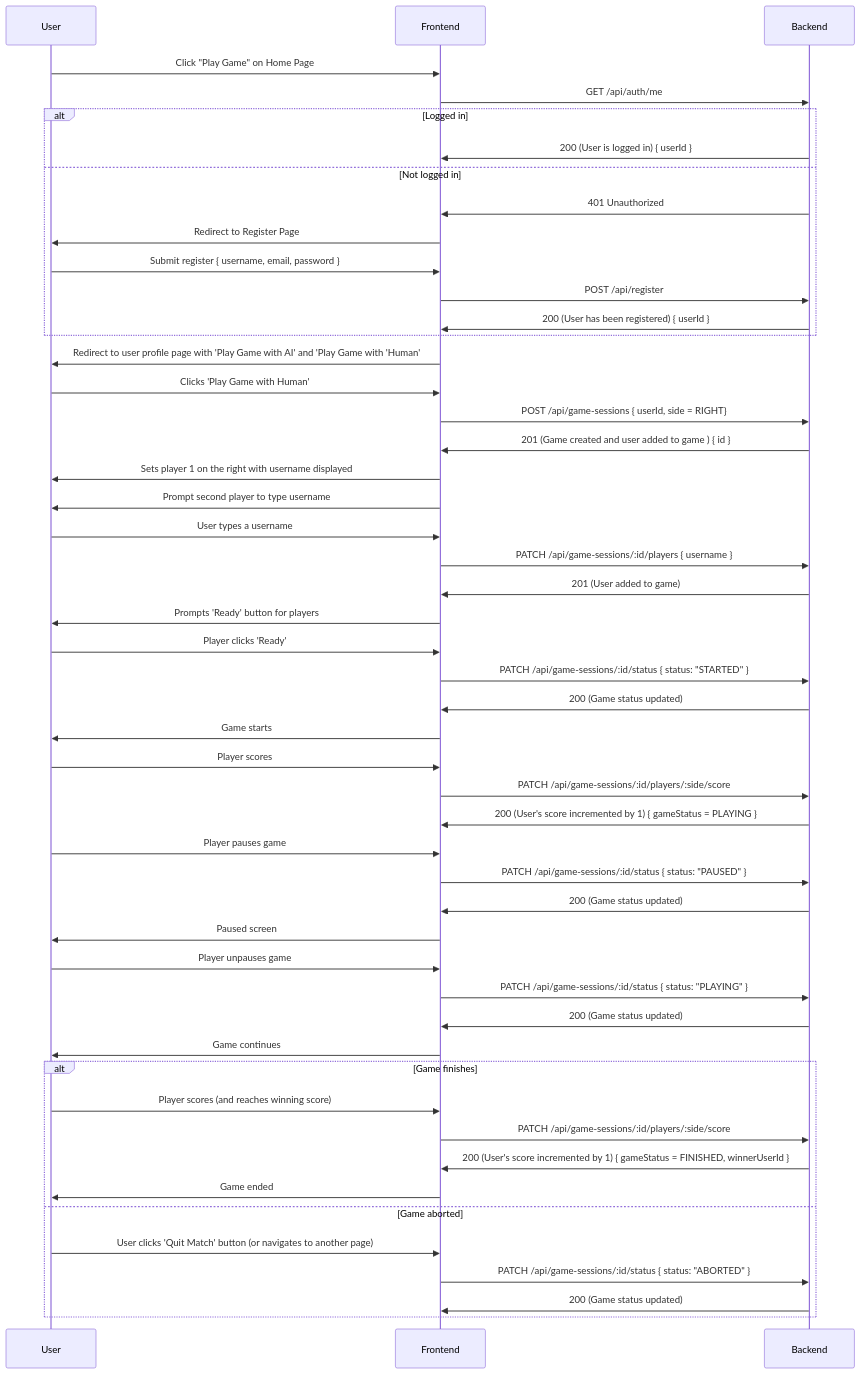
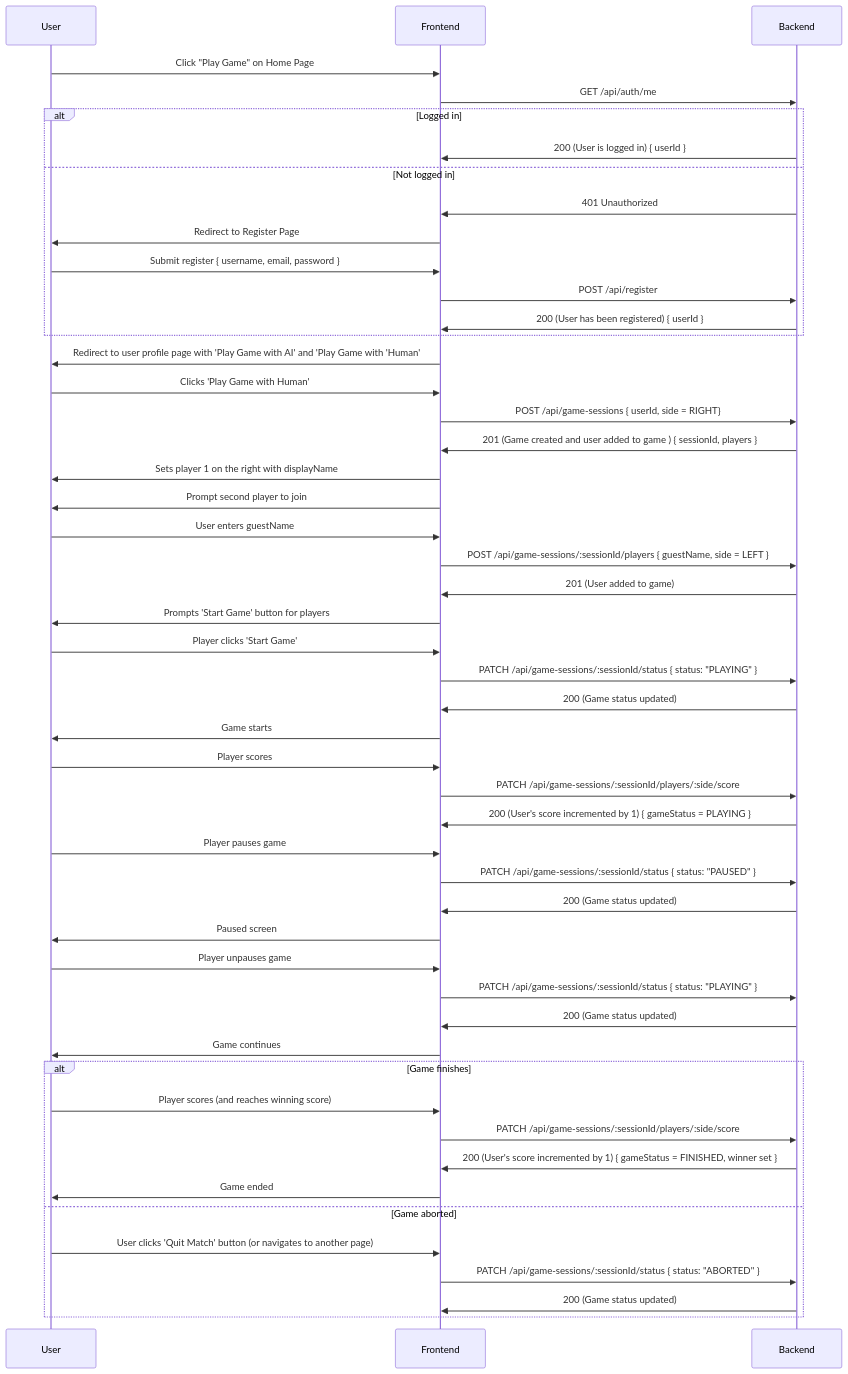
One commit to marsha-t/ft_transcendence changed the diagram in documentation/gameflow (BE).mmd. Above: the diagram before and after it, drawn with Mermaid. The commit also changed 8 other files, not shown here.

```diff
--- a/documentation/gameflow (BE).mmd
+++ b/documentation/gameflow (BE).mmd
@@ -1,59 +1,59 @@
 sequenceDiagram
     participant U as User
     participant FE as Frontend
     participant BE as Backend
 
     U->>FE: Click "Play Game" on Home Page
     FE->>BE: GET /api/auth/me
 
     alt Logged in
         BE->>FE: 200 (User is logged in) { userId }
     else Not logged in
         BE->>FE: 401 Unauthorized
         FE->>U: Redirect to Register Page
         U->>FE: Submit register { username, email, password }
         FE->>BE: POST /api/register
         BE->>FE: 200 (User has been registered) { userId }
     end
     
     FE->>U: Redirect to user profile page with 'Play Game with AI' and 'Play Game with 'Human'
     U->>FE: Clicks 'Play Game with Human'
     FE->>BE: POST /api/game-sessions { userId, side = RIGHT}
-    BE->>FE: 201 (Game created and user added to game ) { id }
+    BE->>FE: 201 (Game created and user added to game ) { sessionId, players }
     
-    FE->>U: Sets player 1 on the right with username displayed    
-    FE->>U: Prompt second player to type username
-    U->>FE: User types a username
-    FE->>BE: PATCH /api/game-sessions/:id/players { username }
+    FE->>U: Sets player 1 on the right with displayName    
+    FE->>U: Prompt second player to join 
+    U->>FE: User enters guestName
+    FE->>BE: POST /api/game-sessions/:sessionId/players { guestName, side = LEFT }
     BE->>FE: 201 (User added to game)
     
-    FE->>U: Prompts 'Ready' button for players
-    U->>FE: Player clicks 'Ready'
-    FE->>BE: PATCH /api/game-sessions/:id/status { status: "STARTED" }
+    FE->>U: Prompts 'Start Game' button for players
+    U->>FE: Player clicks 'Start Game'
+    FE->>BE: PATCH /api/game-sessions/:sessionId/status { status: "PLAYING" }
     BE->>FE: 200 (Game status updated)
 
     FE->>U: Game starts
     U->>FE: Player scores
-    FE->>BE: PATCH /api/game-sessions/:id/players/:side/score
+    FE->>BE: PATCH /api/game-sessions/:sessionId/players/:side/score
     BE->>FE: 200 (User's score incremented by 1) { gameStatus = PLAYING }
 
     U->>FE: Player pauses game
-    FE->>BE: PATCH /api/game-sessions/:id/status { status: "PAUSED" }
+    FE->>BE: PATCH /api/game-sessions/:sessionId/status { status: "PAUSED" }
     BE->>FE: 200 (Game status updated)
     FE->>U: Paused screen
 
     U->>FE: Player unpauses game
-    FE->>BE: PATCH /api/game-sessions/:id/status { status: "PLAYING" }
+    FE->>BE: PATCH /api/game-sessions/:sessionId/status { status: "PLAYING" }
     BE->>FE: 200 (Game status updated)
     FE->>U: Game continues
 
     alt Game finishes
         U->>FE: Player scores (and reaches winning score)
-        FE->>BE: PATCH /api/game-sessions/:id/players/:side/score
-        BE->>FE: 200 (User's score incremented by 1) { gameStatus = FINISHED, winnerUserId }
+        FE->>BE: PATCH /api/game-sessions/:sessionId/players/:side/score
+        BE->>FE: 200 (User's score incremented by 1) { gameStatus = FINISHED, winner set }
         FE->>U: Game ended 
     else Game aborted
         U->>FE: User clicks 'Quit Match' button (or navigates to another page)
-        FE->>BE: PATCH /api/game-sessions/:id/status { status: "ABORTED" }
+        FE->>BE: PATCH /api/game-sessions/:sessionId/status { status: "ABORTED" }
         BE->>FE: 200 (Game status updated)
     end
```
